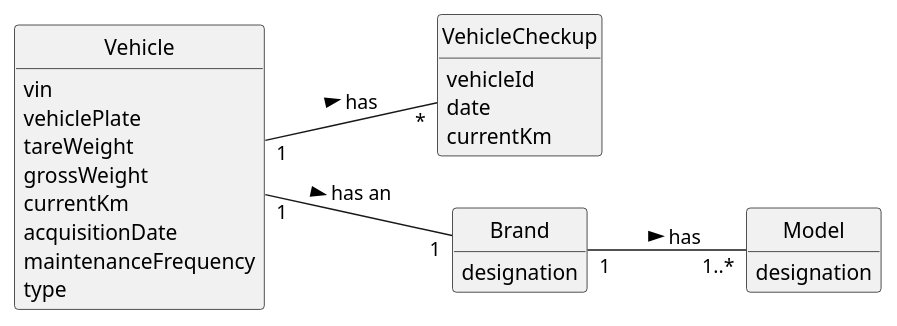
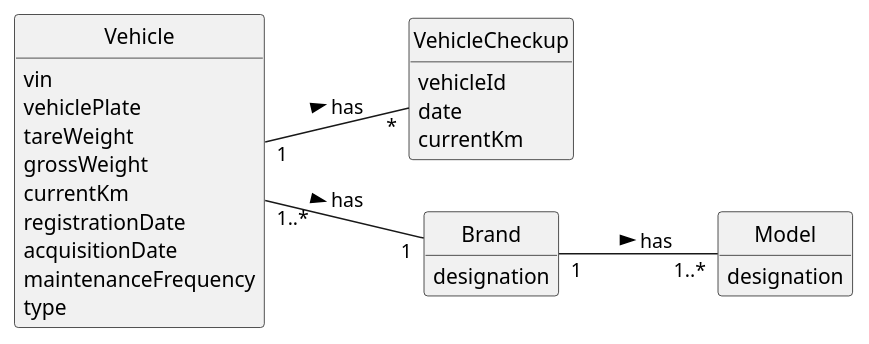
Before and after one commit to ricardomm7/leaflink: the diagram in docs/sprintB/us008/02.analysis/puml/us008-domain-model.puml, drawn with PlantUML. The commit also changed 13 other files, not shown here.

Commit message:
LFC2-140<Correct some conceptual classes on use case diagram and correct some issues on Readme.md requirements (US001 and US008) >

```diff
--- a/docs/sprintB/us008/02.analysis/puml/us008-domain-model.puml
+++ b/docs/sprintB/us008/02.analysis/puml/us008-domain-model.puml
@@ -1,42 +1,43 @@
 @startuml
 skinparam monochrome true
 skinparam packageStyle rectangle
 skinparam shadowing false
 
 skinparam classAttributeIconSize 0
 left to right direction
 
 hide circle
 hide methods
 
 
 class VehicleCheckup {
     vehicleId
     date
     currentKm
 }
 
 class Vehicle {
 vin
 vehiclePlate
 tareWeight
 grossWeight
 currentKm
+registrationDate
 acquisitionDate
 maintenanceFrequency
 type
 }
 
 class Brand {
     designation
 }
 
 class Model{
     designation
 }
 
 
-Vehicle "1"-- "1" Brand: has an >
+Vehicle "1..*"-- "1" Brand: has  >
 Brand "1" -- "1..*" Model: has >
 Vehicle "1" -- "*" VehicleCheckup : has >
 @enduml
```
